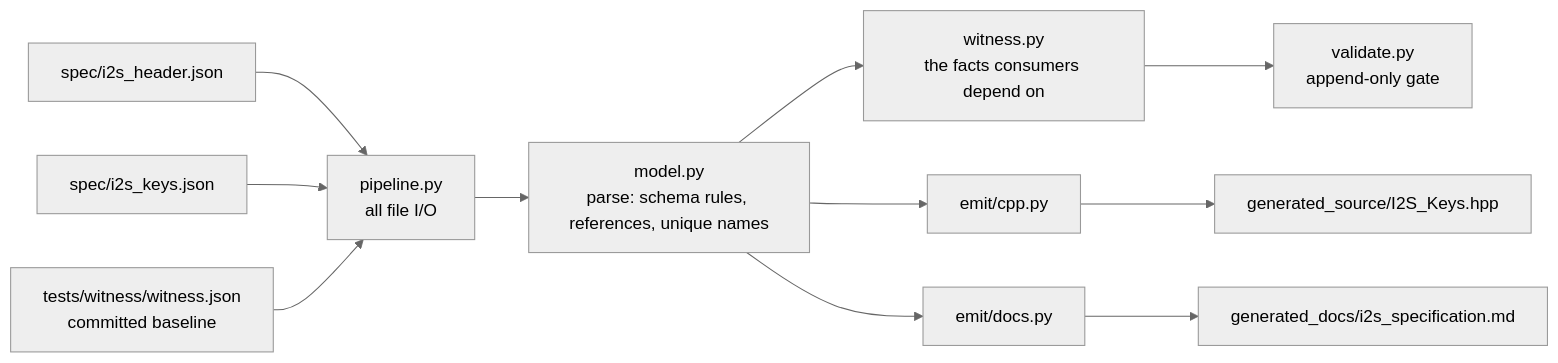
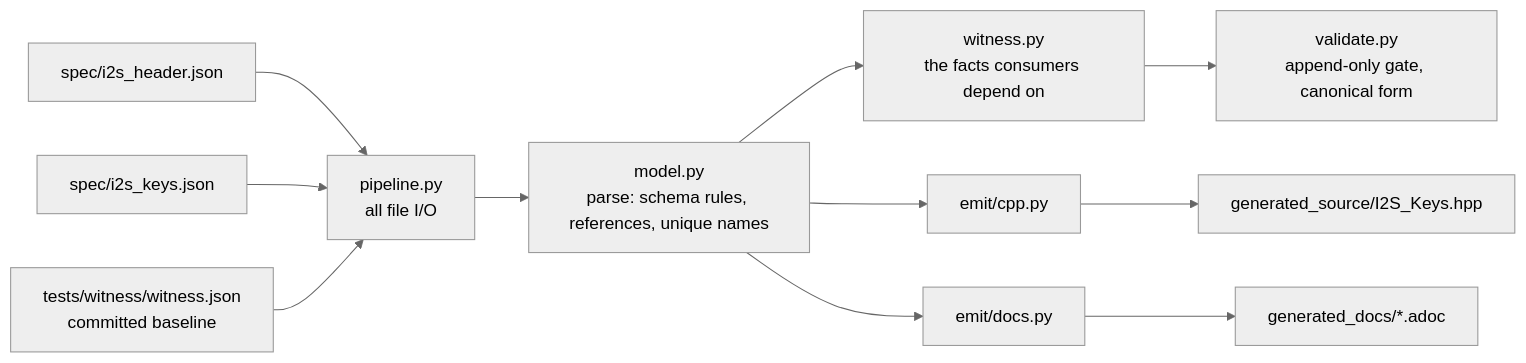
The diagram in generator/README.md (Aptix-Bio/Iris-Interoperability-Specification), drawn with Mermaid (neutral theme) before and after one commit. The commit also changed other lines of this file and 28 other files, not shown here.

````diff
--- a/generator/README.md
+++ b/generator/README.md
@@ -17,11 +19,11 @@
 ```mermaid
 flowchart LR
     H["spec/i2s_header.json"] --> P["pipeline.py<br/>all file I/O"]
     K["spec/i2s_keys.json"] --> P
     W["tests/witness/witness.json<br/>committed baseline"] --> P
     P --> M["model.py<br/>parse: schema rules, references, unique names"]
     M --> X["witness.py<br/>the facts consumers depend on"]
-    X --> V["validate.py<br/>append-only gate"]
+    X --> V["validate.py<br/>append-only gate, canonical form"]
     M --> C["emit/cpp.py"] --> O1["generated_source/I2S_Keys.hpp"]
-    M --> D["emit/docs.py"] --> O2["generated_docs/i2s_specification.md"]
+    M --> D["emit/docs.py"] --> O2["generated_docs/*.adoc"]
 ```
````
